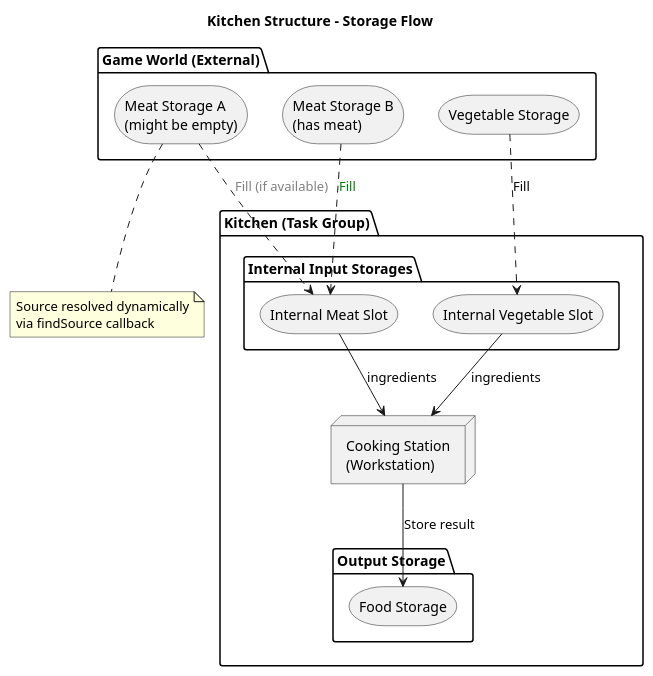
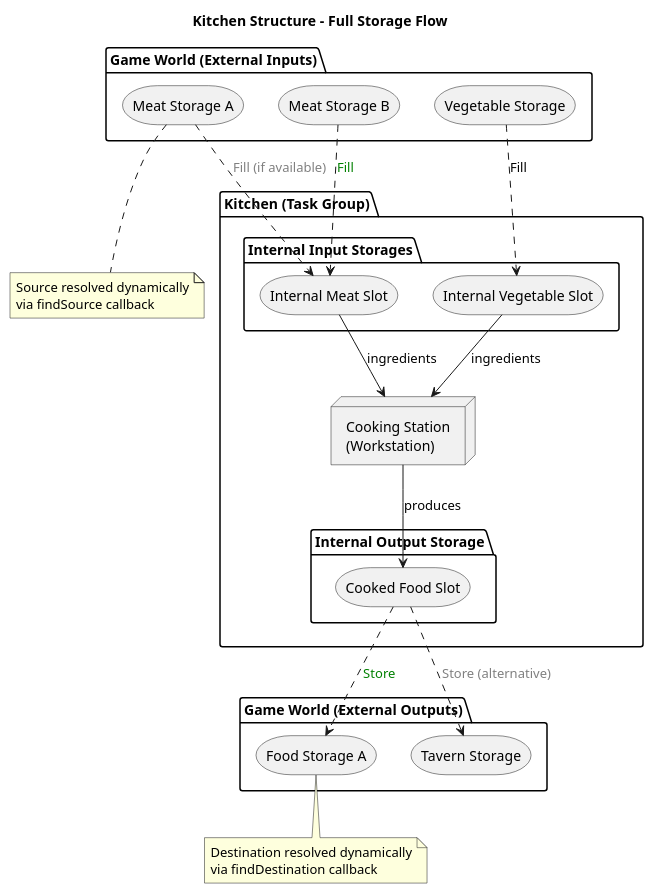
Before and after one commit to labelle-toolkit/labelle-tasks: the diagram in uml/kitchen_structure.puml, drawn with PlantUML. The commit also changed 5 other files, not shown here.

First line of the commit message:
Add internal output storage and Store step flow

```diff
--- a/uml/kitchen_structure.puml
+++ b/uml/kitchen_structure.puml
@@ -1,36 +1,49 @@
 @startuml kitchen_structure
-title Kitchen Structure - Storage Flow
+title Kitchen Structure - Full Storage Flow
 
-package "Game World (External)" {
-  storage "Meat Storage A\n(might be empty)" as meat_a
-  storage "Meat Storage B\n(has meat)" as meat_b
+package "Game World (External Inputs)" {
+  storage "Meat Storage A" as meat_a
+  storage "Meat Storage B" as meat_b
   storage "Vegetable Storage" as veg_ext
 }
 
 package "Kitchen (Task Group)" {
   package "Internal Input Storages" {
     storage "Internal Meat Slot" as meat_internal
     storage "Internal Vegetable Slot" as veg_internal
   }
 
   node "Cooking Station\n(Workstation)" as cooking
 
-  package "Output Storage" {
-    storage "Food Storage" as food_out
+  package "Internal Output Storage" {
+    storage "Cooked Food Slot" as food_internal
   }
+}
+
+package "Game World (External Outputs)" {
+  storage "Food Storage A" as food_a
+  storage "Tavern Storage" as tavern
 }
 
 meat_a ..> meat_internal : <color:gray>Fill (if available)</color>
 meat_b ..> meat_internal : <color:green>Fill</color>
 veg_ext ..> veg_internal : Fill
 
 meat_internal --> cooking : ingredients
 veg_internal --> cooking : ingredients
-cooking --> food_out : Store result
+cooking --> food_internal : produces
+
+food_internal ..> food_a : <color:green>Store</color>
+food_internal ..> tavern : <color:gray>Store (alternative)</color>
 
 note bottom of meat_a
   Source resolved dynamically
   via findSource callback
 end note
 
+note bottom of food_a
+  Destination resolved dynamically
+  via findDestination callback
+end note
+
 @enduml
```
